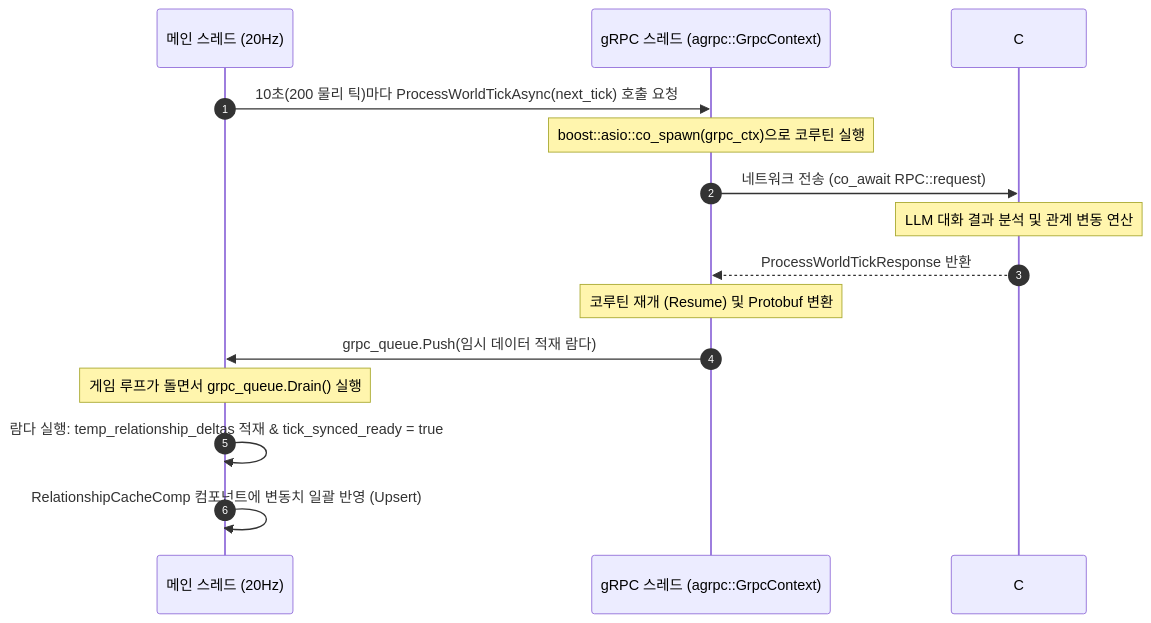
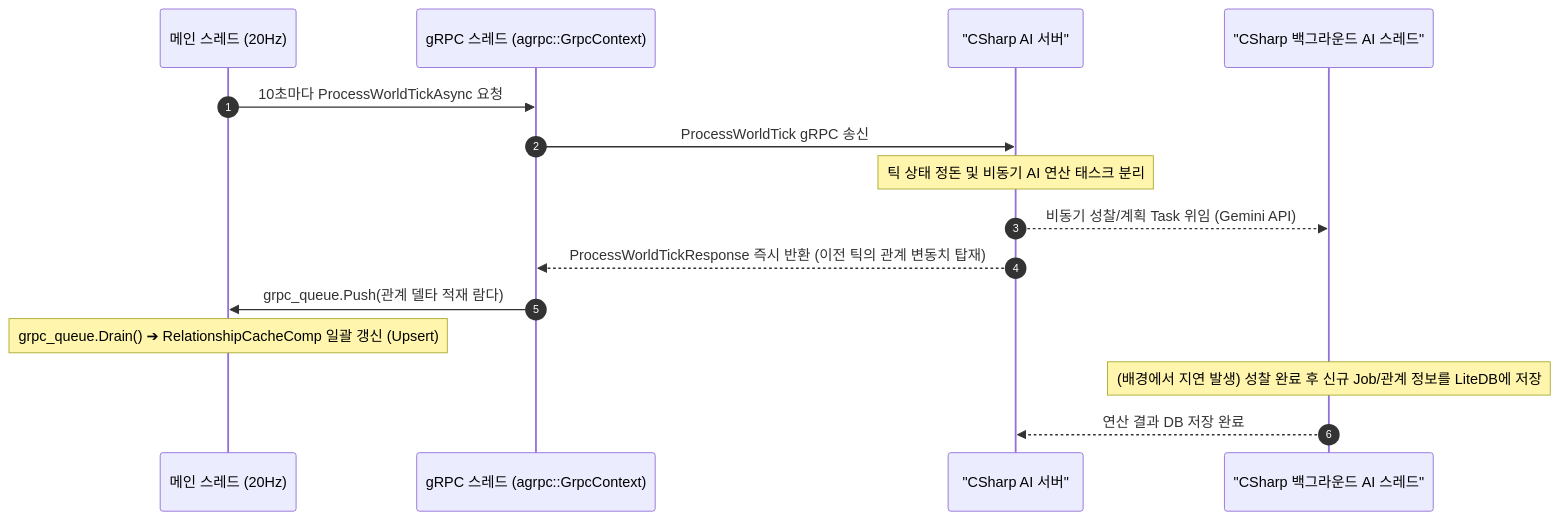
One commit to jin20203458/Obsidian.Agent changed the second of 5 diagrams in MundusVivens/docs/01_architecture.md. Above: the diagram before and after it, drawn with Mermaid. The commit also changed other lines of this file and 8 other files, not shown here.

````diff
--- a/MundusVivens/docs/01_architecture.md
+++ b/MundusVivens/docs/01_architecture.md
@@ -52,18 +60,22 @@
 ```mermaid
 sequenceDiagram
     autonumber
     participant Main as 메인 스레드 (20Hz)
     participant gRPC as gRPC 스레드 (agrpc::GrpcContext)
-    participant CSharp as C# AI 서버
+    participant CSharp as "CSharp AI 서버"
+    participant LLM as "CSharp 백그라운드 AI 스레드"
 
-    Main->>gRPC: 10초(200 물리 틱)마다 ProcessWorldTickAsync(next_tick) 호출 요청
-    Note over gRPC: boost::asio::co_spawn(grpc_ctx)으로 코루틴 실행
-    gRPC->>CSharp: 네트워크 전송 (co_await RPC::request)
-    Note over CSharp: LLM 대화 결과 분석 및 관계 변동 연산
-    CSharp-->>gRPC: ProcessWorldTickResponse 반환
-    Note over gRPC: 코루틴 재개 (Resume) 및 Protobuf 변환
-    gRPC->>Main: grpc_queue.Push(임시 데이터 적재 람다)
-    Note over Main: 게임 루프가 돌면서 grpc_queue.Drain() 실행
-    Main->>Main: 람다 실행: temp_relationship_deltas 적재 & tick_synced_ready = true
-    Main->>Main: RelationshipCacheComp 컴포넌트에 변동치 일괄 반영 (Upsert)
+    Main->>gRPC: 10초마다 ProcessWorldTickAsync 요청
+    gRPC->>CSharp: ProcessWorldTick gRPC 송신
+    
+    Note over CSharp: 틱 상태 정돈 및 비동기 AI 연산 태스크 분리
+    CSharp-->>LLM: 비동기 성찰/계획 Task 위임 (Gemini API)
+    CSharp-->>gRPC: ProcessWorldTickResponse 즉시 반환 (이전 틱의 관계 변동치 탑재)
+    
+    gRPC->>Main: grpc_queue.Push(관계 델타 적재 람다)
+    Note over Main: grpc_queue.Drain() ➔ RelationshipCacheComp 일괄 갱신 (Upsert)
+    
+    %% 백그라운드 연산 흐름
+    Note over LLM: (배경에서 지연 발생) 성찰 완료 후 신규 Job/관계 정보를 LiteDB에 저장
+    LLM-->>CSharp: 연산 결과 DB 저장 완료
 ```
````
